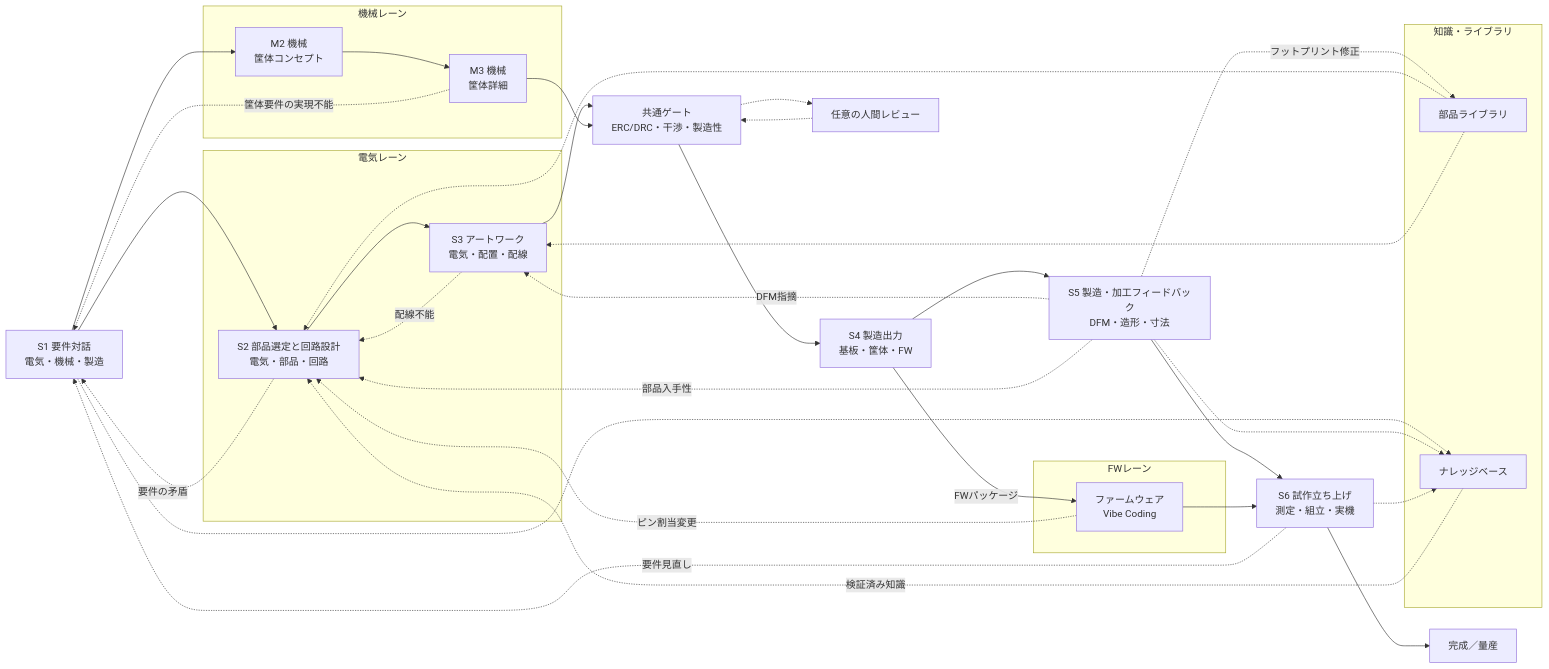
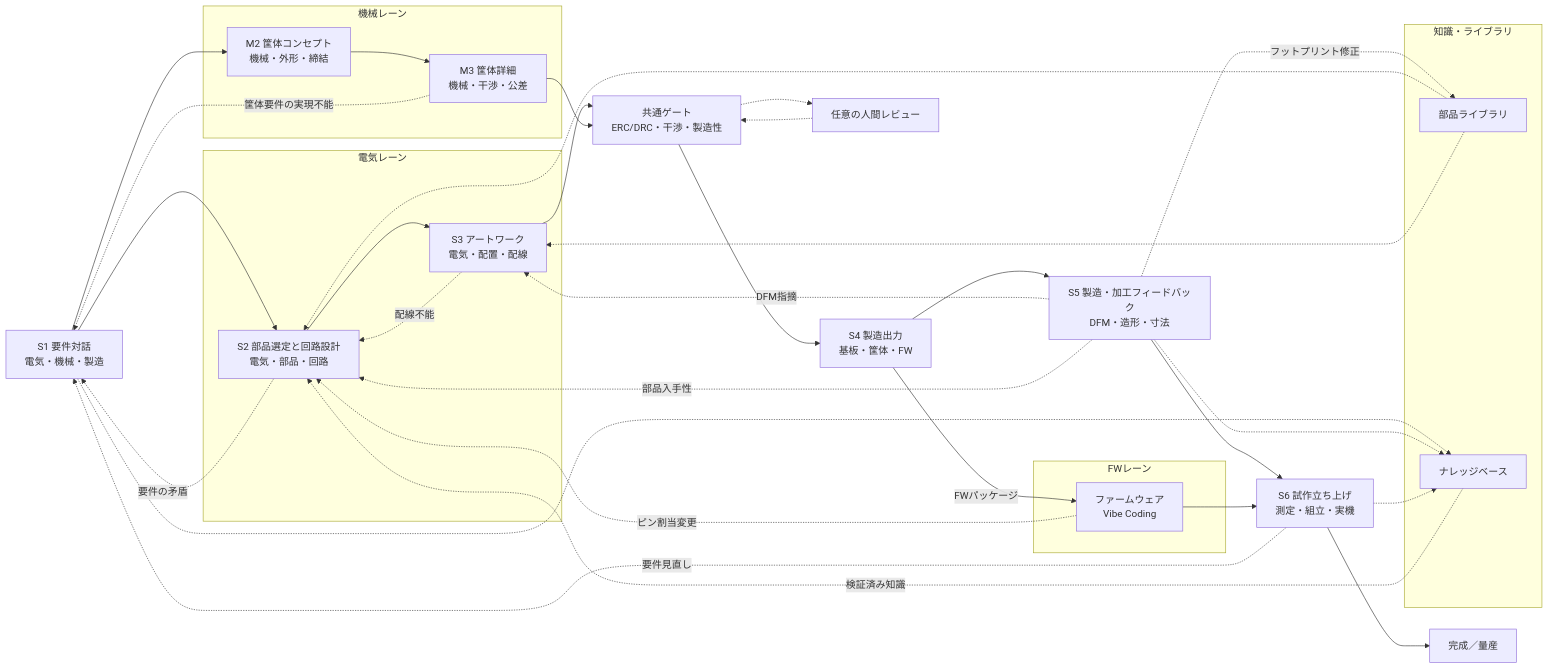
The diagram in README.md (uist1idrju3i/acd-agent), drawn with Mermaid before and after one commit. The commit also changed 1 other file, not shown here.

Commit message:
筐体工程名を図へ反映

````diff
--- a/README.md
+++ b/README.md
@@ -102,47 +102,47 @@
 ```mermaid
 flowchart LR
     S1["S1 要件対話<br/>電気・機械・製造"]
     subgraph ELEC["電気レーン"]
         E2["S2 部品選定と回路設計<br/>電気・部品・回路"]
         E3["S3 アートワーク<br/>電気・配置・配線"]
     end
     subgraph MECH["機械レーン"]
-        M2["M2 機械<br/>筐体コンセプト"]
-        M3["M3 機械<br/>筐体詳細"]
+        M2["M2 筐体コンセプト<br/>機械・外形・締結"]
+        M3["M3 筐体詳細<br/>機械・干渉・公差"]
     end
     subgraph FWLANE["FWレーン"]
         FW["ファームウェア<br/>Vibe Coding"]
     end
     subgraph KNOW["知識・ライブラリ"]
         LIB["部品ライブラリ"]
         KB["ナレッジベース"]
     end
     S1 --> E2
     S1 --> M2
     E2 --> E3
     M2 --> M3
     E3 --> G["共通ゲート<br/>ERC/DRC・干渉・製造性"]
     M3 --> G
     G --> S4["S4 製造出力<br/>基板・筐体・FW"]
     S4 --> S5["S5 製造・加工フィードバック<br/>DFM・造形・寸法"]
     S5 --> S6["S6 試作立ち上げ<br/>測定・組立・実機"]
     S6 --> DONE["完成／量産"]
     S4 -->|FWパッケージ| FW
     FW --> S6
     LIB -.-> E2
     LIB -.-> E3
     G -.-> HR["任意の人間レビュー"]
     HR -.-> G
     E2 -.->|要件の矛盾| S1
     E3 -.->|配線不能| E2
     M3 -.->|筐体要件の実現不能| S1
     S5 -.->|DFM指摘| E3
     S5 -.->|部品入手性| E2
     S5 -.->|フットプリント修正| LIB
     FW -.->|ピン割当変更| E2
     S6 -.->|要件見直し| S1
     S1 -.-> KB
     S5 -.-> KB
     S6 -.-> KB
     KB -.->|検証済み知識| E2
 ```
````
